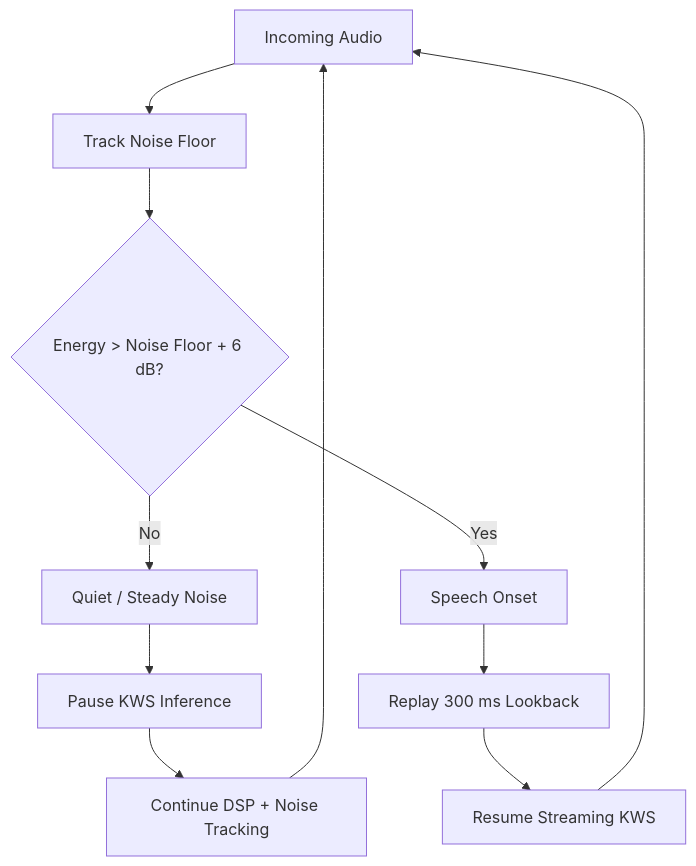
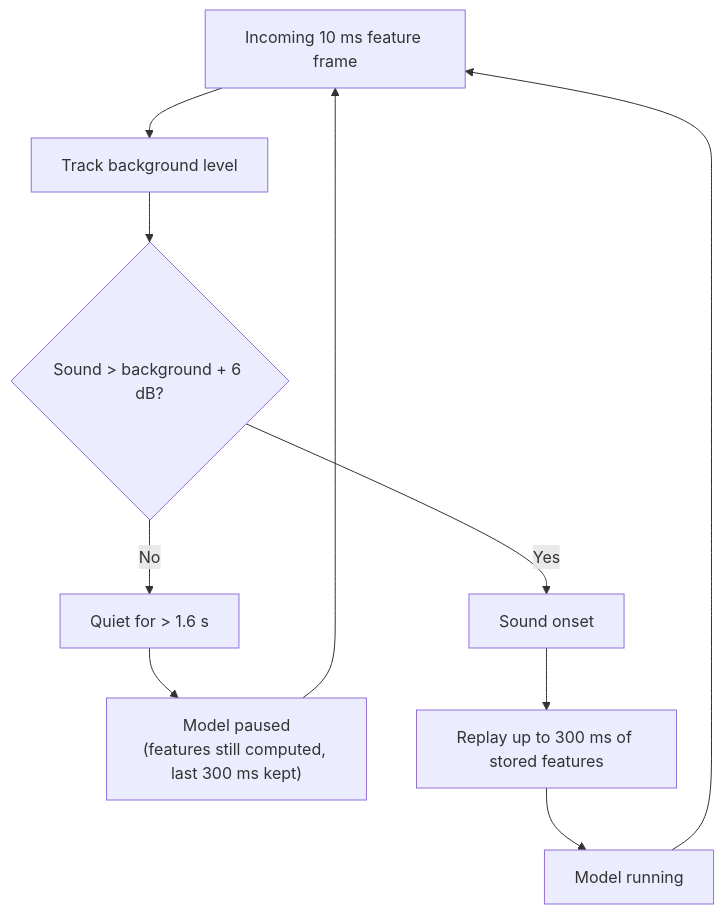
The fourth of 12 diagrams in README.md (Raj24-dev/Kws), drawn with Mermaid before and after one commit. The commit also changed other lines of this file and 211 other files, not shown here.

````diff
--- a/README.md
+++ b/README.md
@@ -579,26 +406,16 @@
 ```mermaid
 flowchart TD
 
-    A["Incoming Audio"]
-    B["Track Noise Floor"]
-    C{"Energy > Noise Floor + 6 dB?"}
-    D["Quiet / Steady Noise"]
-    E["Pause KWS Inference"]
-    F["Continue DSP + Noise Tracking"]
-    G["Speech Onset"]
-    H["Replay 300 ms Lookback"]
-    I["Resume Streaming KWS"]
+    A["Incoming 10 ms feature frame"]
+    B["Track background level"]
+    C{"Sound > background + 6 dB?"}
+    D["Quiet for > 1.6 s"]
+    E["Model paused<br/>(features still computed, last 300 ms kept)"]
+    G["Sound onset"]
+    H["Replay up to 300 ms of stored features"]
+    I["Model running"]
 
-    A --> B
-    B --> C
-
-    C -->|No| D
-    D --> E
-    E --> F
-    F --> A
-
-    C -->|Yes| G
-    G --> H
-    H --> I
-    I --> A
+    A --> B --> C
+    C -->|No| D --> E --> A
+    C -->|Yes| G --> H --> I --> A
 ```
````
